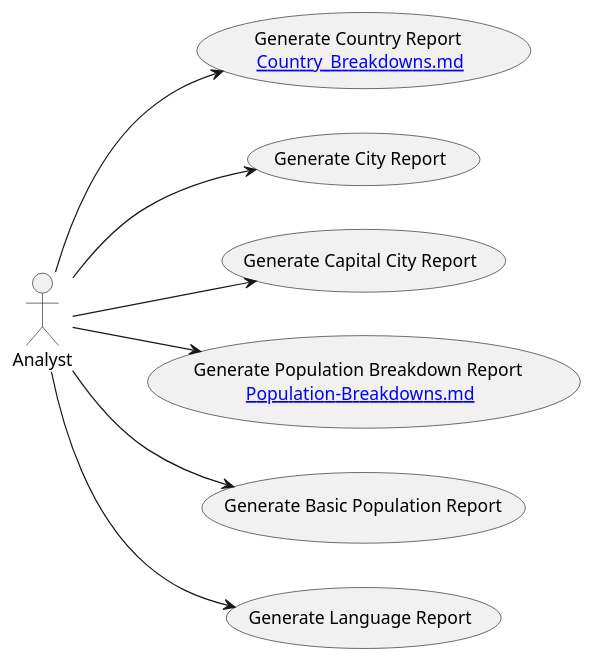
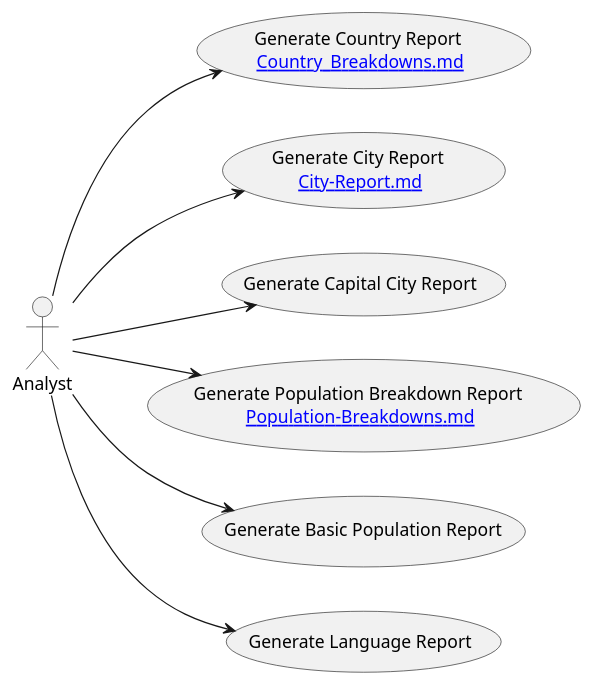
Before and after one commit to DevOps-Group4-2025/Group-4-DevOps: the diagram in use-cases/Diagram.puml, drawn with PlantUML. The commit also changed 1 other file, not shown here.

Commit message:
City-Report added

```diff
--- a/use-cases/Diagram.puml
+++ b/use-cases/Diagram.puml
@@ -1,19 +1,19 @@
 @startuml
 actor AN as "Analyst"
 left to right direction
 
 usecase "Generate Country Report \n[[Country_Breakdowns.md]]" as UC1
-usecase "Generate City Report" as UC2
+usecase "Generate City Report \n[[City-Report.md]]" as UC2
 usecase "Generate Capital City Report" as UC3
 usecase "Generate Population Breakdown Report \n[[Population-Breakdowns.md]]" as UC4
 usecase "Generate Basic Population Report" as UC5
 usecase "Generate Language Report" as UC6
 
 AN --> UC1
 AN --> UC2
 AN --> UC3
 AN --> UC4
 AN --> UC5
 AN --> UC6
 }
 @enduml
```
